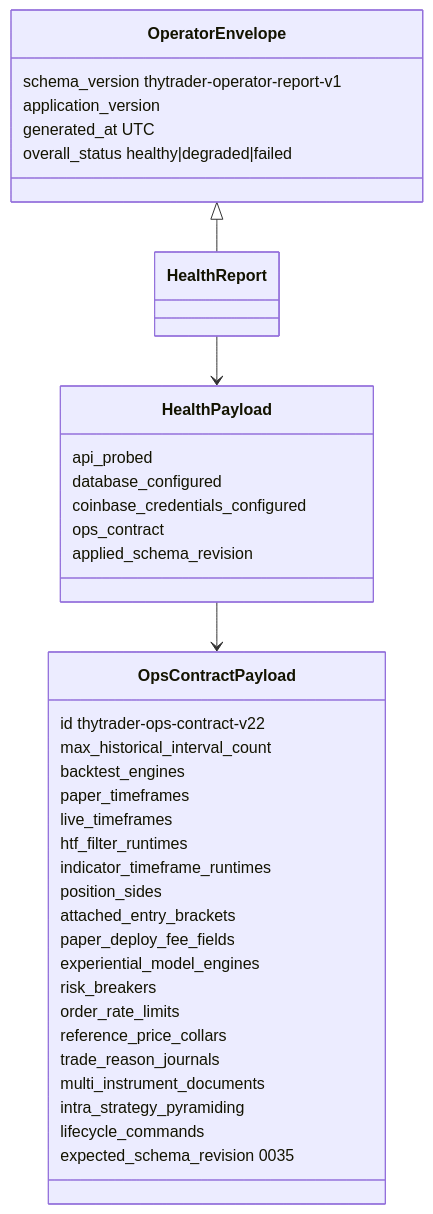
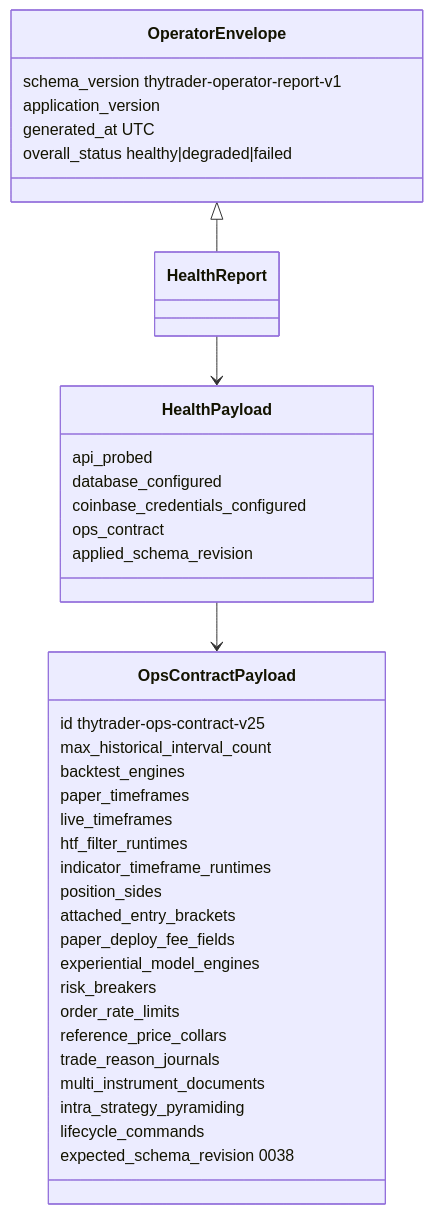
The first of 2 diagrams in docs/architecture/contracts/ops-contract.md (Zoltesh/thytrader), drawn with Mermaid before and after one commit. The commit also changed other lines of this file and 10 other files, not shown here.

First line of the commit message:
feat(research): advertise bar-backtest-v4 in ops contract v25 (ADR 0066)

````diff
--- a/docs/architecture/contracts/ops-contract.md
+++ b/docs/architecture/contracts/ops-contract.md
@@ -34,40 +34,40 @@
 ```mermaid
 classDiagram
   class OpsContractPayload {
-    id thytrader-ops-contract-v22
+    id thytrader-ops-contract-v25
     max_historical_interval_count
     backtest_engines
     paper_timeframes
     live_timeframes
     htf_filter_runtimes
     indicator_timeframe_runtimes
     position_sides
     attached_entry_brackets
     paper_deploy_fee_fields
     experiential_model_engines
     risk_breakers
     order_rate_limits
     reference_price_collars
     trade_reason_journals
     multi_instrument_documents
     intra_strategy_pyramiding
     lifecycle_commands
-    expected_schema_revision 0035
+    expected_schema_revision 0038
   }
   class HealthPayload {
     api_probed
     database_configured
     coinbase_credentials_configured
     ops_contract
     applied_schema_revision
   }
   class OperatorEnvelope {
     schema_version thytrader-operator-report-v1
     application_version
     generated_at UTC
     overall_status healthy|degraded|failed
   }
   HealthPayload --> OpsContractPayload
   OperatorEnvelope <|-- HealthReport
   HealthReport --> HealthPayload
 ```
````
